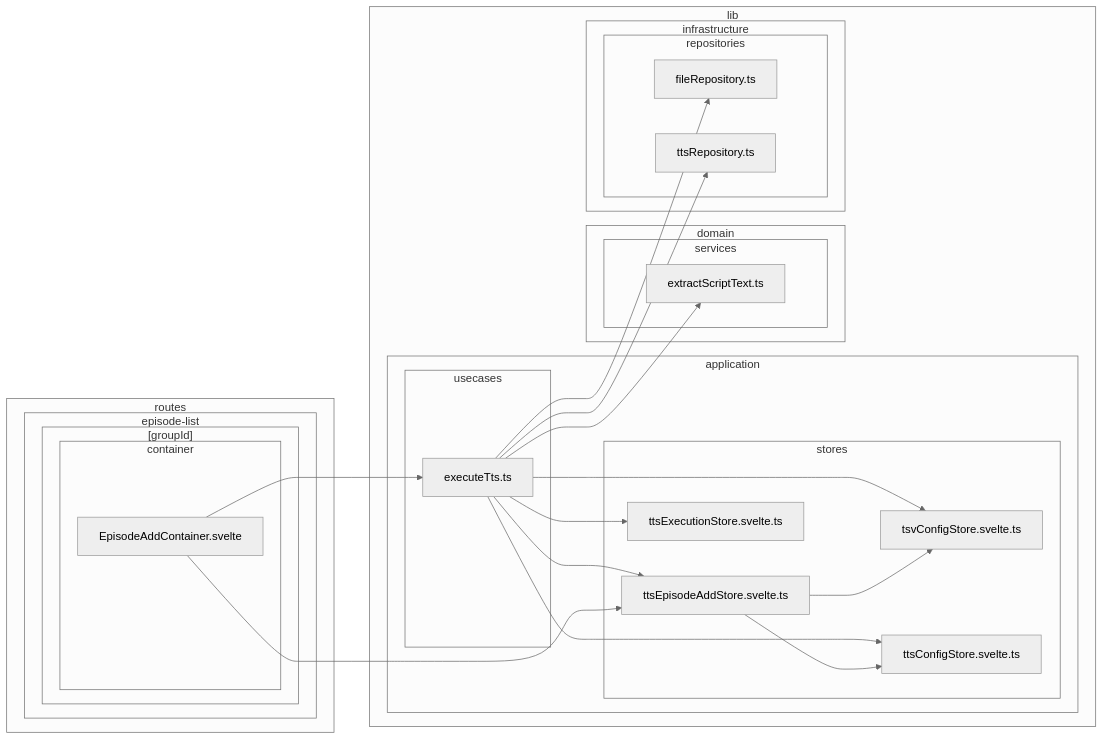
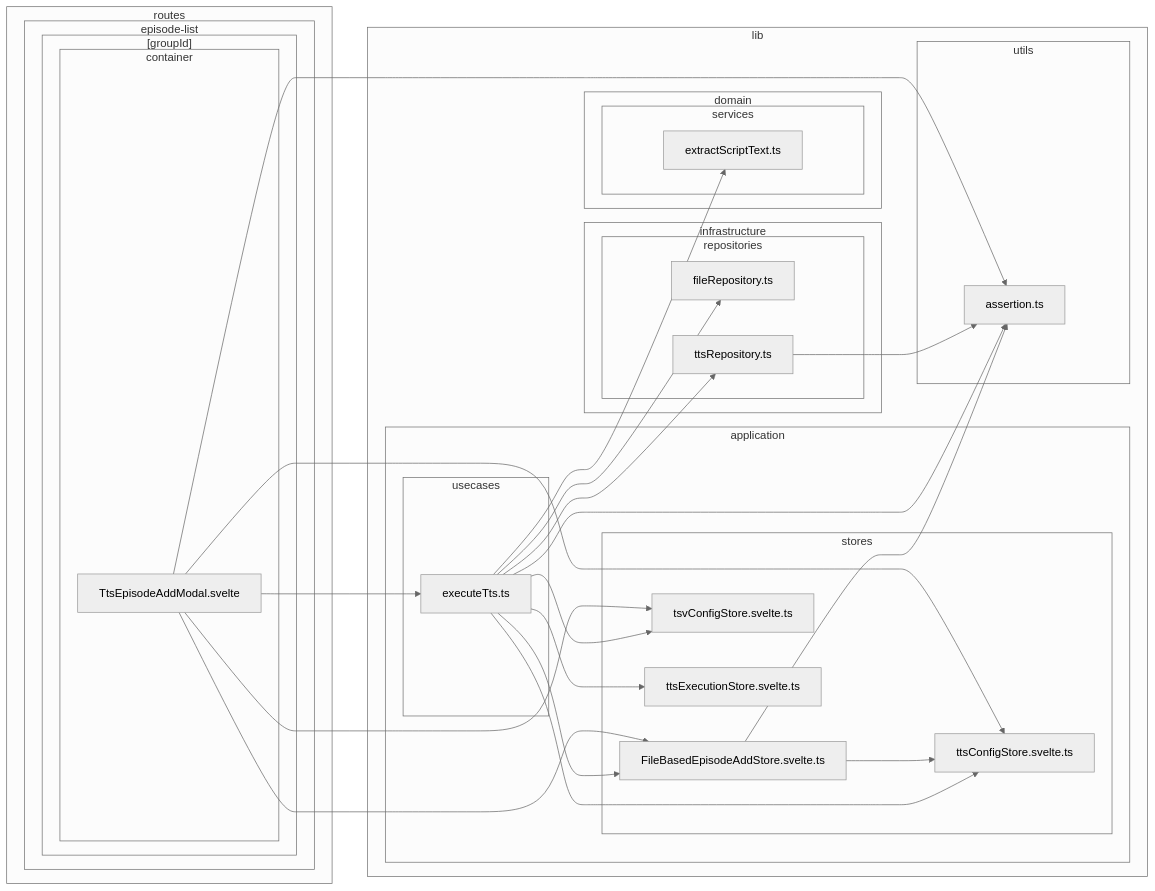
Before and after one commit to k5n/kotonoha: diagram 13 of 38 in doc/dependency-graph.md, drawn with Mermaid (neutral theme). The commit also changed other lines of this file and 1 other file, not shown here.

Commit message:
refactor: Exclude i18n store from presentation layer dependency graphs to reduce noise

````diff
--- a/doc/dependency-graph.md
+++ b/doc/dependency-graph.md
@@ -637,47 +590,55 @@
 ```mermaid
 graph LR
         subgraph sg_lib ["lib"]
             subgraph sg_lib_application ["application"]
                 subgraph sg_lib_application_stores ["stores"]
+                    src_lib_application_stores_FileBasedEpisodeAddStore_svelte_ts["FileBasedEpisodeAddStore.svelte.ts"]
                     src_lib_application_stores_tsvConfigStore_svelte_ts["tsvConfigStore.svelte.ts"]
                     src_lib_application_stores_ttsConfigStore_svelte_ts["ttsConfigStore.svelte.ts"]
-                    src_lib_application_stores_ttsEpisodeAddStore_svelte_ts["ttsEpisodeAddStore.svelte.ts"]
                     src_lib_application_stores_ttsExecutionStore_svelte_ts["ttsExecutionStore.svelte.ts"]
                 end
                 subgraph sg_lib_application_usecases ["usecases"]
                     src_lib_application_usecases_executeTts_ts["executeTts.ts"]
                 end
             end
             subgraph sg_lib_domain ["domain"]
                 subgraph sg_lib_domain_services ["services"]
                     src_lib_domain_services_extractScriptText_ts["extractScriptText.ts"]
                 end
             end
             subgraph sg_lib_infrastructure ["infrastructure"]
                 subgraph sg_lib_infrastructure_repositories ["repositories"]
                     src_lib_infrastructure_repositories_fileRepository_ts["fileRepository.ts"]
                     src_lib_infrastructure_repositories_ttsRepository_ts["ttsRepository.ts"]
                 end
             end
+            subgraph sg_lib_utils ["utils"]
+                src_lib_utils_assertion_ts["assertion.ts"]
+            end
         end
         subgraph sg_routes ["routes"]
             subgraph sg_routes_episode_list ["episode-list"]
                 subgraph sg_routes_episode_list__groupId_ ["[groupId]"]
                     subgraph sg_routes_episode_list__groupId__container ["container"]
-                        src_routes_episode_list__groupId__container_EpisodeAddContainer_svelte["EpisodeAddContainer.svelte"]
+                        src_routes_episode_list__groupId__container_TtsEpisodeAddModal_svelte["TtsEpisodeAddModal.svelte"]
                     end
                 end
             end
         end
+    src_lib_application_usecases_executeTts_ts --> src_lib_application_stores_FileBasedEpisodeAddStore_svelte_ts
     src_lib_application_usecases_executeTts_ts --> src_lib_application_stores_tsvConfigStore_svelte_ts
     src_lib_application_usecases_executeTts_ts --> src_lib_application_stores_ttsConfigStore_svelte_ts
-    src_lib_application_usecases_executeTts_ts --> src_lib_application_stores_ttsEpisodeAddStore_svelte_ts
     src_lib_application_usecases_executeTts_ts --> src_lib_application_stores_ttsExecutionStore_svelte_ts
     src_lib_application_usecases_executeTts_ts --> src_lib_domain_services_extractScriptText_ts
     src_lib_application_usecases_executeTts_ts --> src_lib_infrastructure_repositories_fileRepository_ts
     src_lib_application_usecases_executeTts_ts --> src_lib_infrastructure_repositories_ttsRepository_ts
-    src_lib_application_stores_ttsEpisodeAddStore_svelte_ts --> src_lib_application_stores_tsvConfigStore_svelte_ts
-    src_lib_application_stores_ttsEpisodeAddStore_svelte_ts --> src_lib_application_stores_ttsConfigStore_svelte_ts
-    src_routes_episode_list__groupId__container_EpisodeAddContainer_svelte --> src_lib_application_stores_ttsEpisodeAddStore_svelte_ts
-    src_routes_episode_list__groupId__container_EpisodeAddContainer_svelte --> src_lib_application_usecases_executeTts_ts
+    src_lib_application_usecases_executeTts_ts --> src_lib_utils_assertion_ts
+    src_lib_application_stores_FileBasedEpisodeAddStore_svelte_ts --> src_lib_application_stores_ttsConfigStore_svelte_ts
+    src_lib_application_stores_FileBasedEpisodeAddStore_svelte_ts --> src_lib_utils_assertion_ts
+    src_lib_infrastructure_repositories_ttsRepository_ts --> src_lib_utils_assertion_ts
+    src_routes_episode_list__groupId__container_TtsEpisodeAddModal_svelte --> src_lib_application_stores_FileBasedEpisodeAddStore_svelte_ts
+    src_routes_episode_list__groupId__container_TtsEpisodeAddModal_svelte --> src_lib_application_stores_tsvConfigStore_svelte_ts
+    src_routes_episode_list__groupId__container_TtsEpisodeAddModal_svelte --> src_lib_application_stores_ttsConfigStore_svelte_ts
+    src_routes_episode_list__groupId__container_TtsEpisodeAddModal_svelte --> src_lib_application_usecases_executeTts_ts
+    src_routes_episode_list__groupId__container_TtsEpisodeAddModal_svelte --> src_lib_utils_assertion_ts
 ```
````
